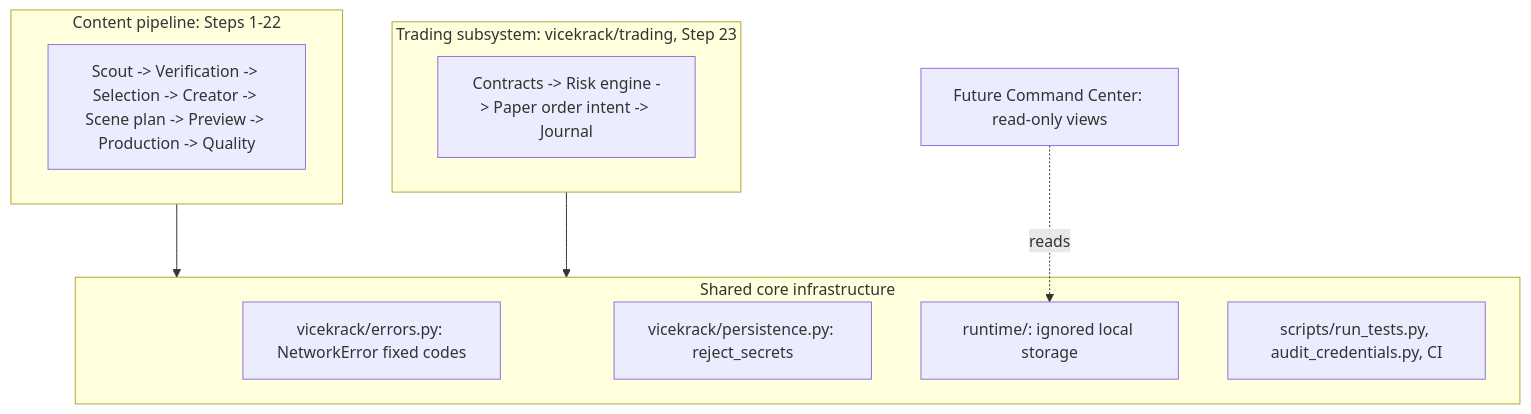
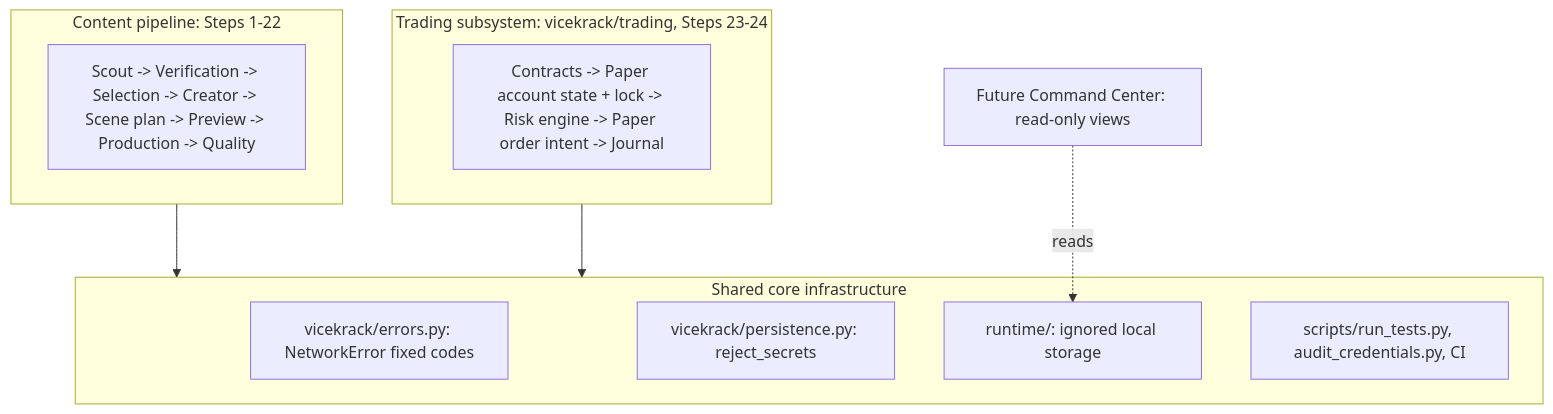
One commit to richburtonjr-pixel/-Vicekrack-agent-network changed the diagram in docs/subsystems.md. Above: the diagram before and after it, drawn with Mermaid. The commit also changed other lines of this file and 24 other files, not shown here.

````diff
--- a/docs/subsystems.md
+++ b/docs/subsystems.md
@@ -6,19 +6,19 @@
 ```mermaid
 flowchart TB
     subgraph Core[Shared core infrastructure]
         E[vicekrack/errors.py: NetworkError fixed codes]
         P[vicekrack/persistence.py: reject_secrets]
         R[runtime/: ignored local storage]
         CI[scripts/run_tests.py, audit_credentials.py, CI]
     end
     subgraph Content[Content pipeline: Steps 1-22]
         C1[Scout -> Verification -> Selection -> Creator -> Scene plan -> Preview -> Production -> Quality]
     end
-    subgraph Trading[Trading subsystem: vicekrack/trading, Step 23]
-        T1[Contracts -> Risk engine -> Paper order intent -> Journal]
+    subgraph Trading[Trading subsystem: vicekrack/trading, Steps 23-24]
+        T1[Contracts -> Paper account state + lock -> Risk engine -> Paper order intent -> Journal]
     end
     CC[Future Command Center: read-only views]
     Content --> Core
     Trading --> Core
     CC -. reads .-> R
 ```
````
